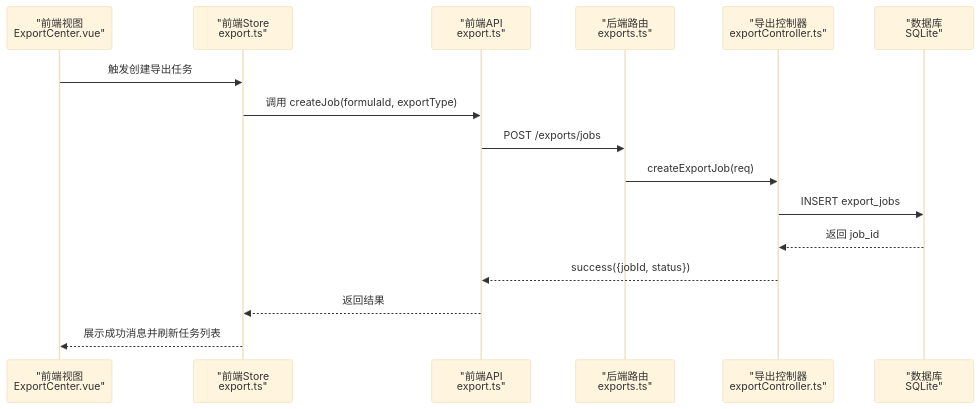
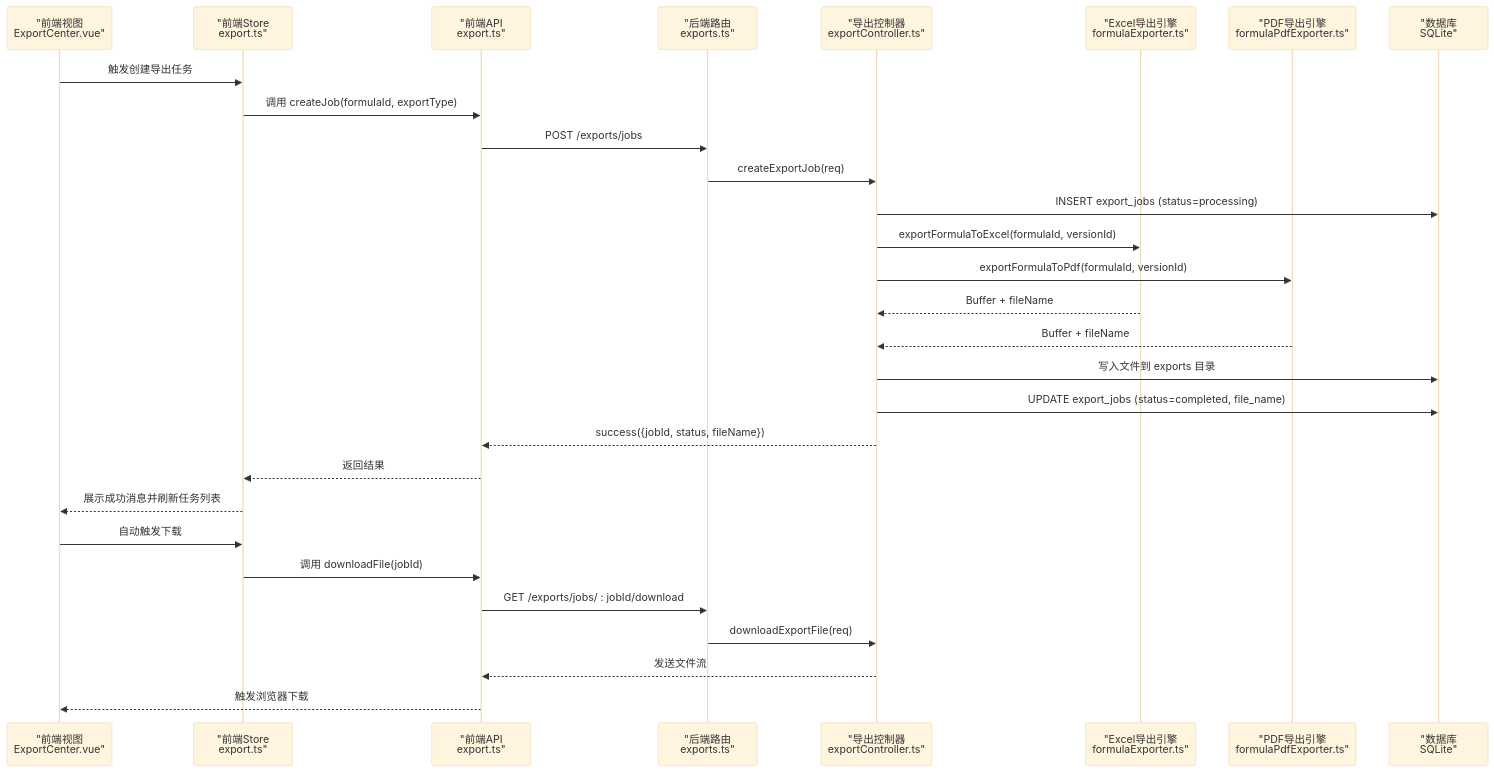
One commit to xpretycn/TingStudio changed the second of 10 diagrams in .qoder/repowiki/zh/content/后端开发指南/控制器层实现/导出控制器.md. Above: the diagram before and after it, drawn with Mermaid (base theme). The commit also changed other lines of this file and 56 other files, not shown here.

````diff
--- a/.qoder/repowiki/zh/content/后端开发指南/控制器层实现/导出控制器.md
+++ b/.qoder/repowiki/zh/content/后端开发指南/控制器层实现/导出控制器.md
@@ -96,18 +92,31 @@
 ```mermaid
 sequenceDiagram
 participant FE as "前端视图<br/>ExportCenter.vue"
 participant STORE as "前端Store<br/>export.ts"
 participant API as "前端API<br/>export.ts"
 participant ROUTES as "后端路由<br/>exports.ts"
 participant CTRL as "导出控制器<br/>exportController.ts"
+participant EXCEL as "Excel导出引擎<br/>formulaExporter.ts"
+participant PDF as "PDF导出引擎<br/>formulaPdfExporter.ts"
 participant DB as "数据库<br/>SQLite"
 FE->>STORE : 触发创建导出任务
 STORE->>API : 调用 createJob(formulaId, exportType)
 API->>ROUTES : POST /exports/jobs
 ROUTES->>CTRL : createExportJob(req)
-CTRL->>DB : INSERT export_jobs
-DB-->>CTRL : 返回 job_id
-CTRL-->>API : success({jobId, status})
+CTRL->>DB : INSERT export_jobs (status=processing)
+CTRL->>EXCEL : exportFormulaToExcel(formulaId, versionId)
+CTRL->>PDF : exportFormulaToPdf(formulaId, versionId)
+EXCEL-->>CTRL : Buffer + fileName
+PDF-->>CTRL : Buffer + fileName
+CTRL->>DB : 写入文件到 exports 目录
+CTRL->>DB : UPDATE export_jobs (status=completed, file_name)
+CTRL-->>API : success({jobId, status, fileName})
 API-->>STORE : 返回结果
 STORE-->>FE : 展示成功消息并刷新任务列表
+FE->>STORE : 自动触发下载
+STORE->>API : 调用 downloadFile(jobId)
+API->>ROUTES : GET /exports/jobs/ : jobId/download
+ROUTES->>CTRL : downloadExportFile(req)
+CTRL-->>API : 发送文件流
+API-->>FE : 触发浏览器下载
 ```
````
